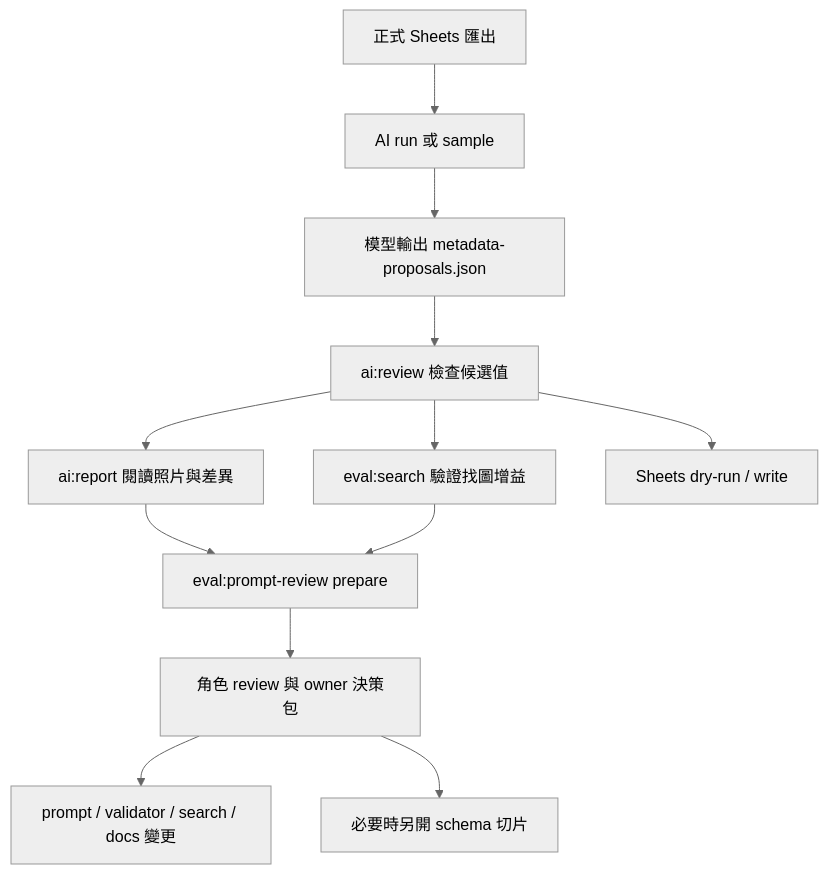
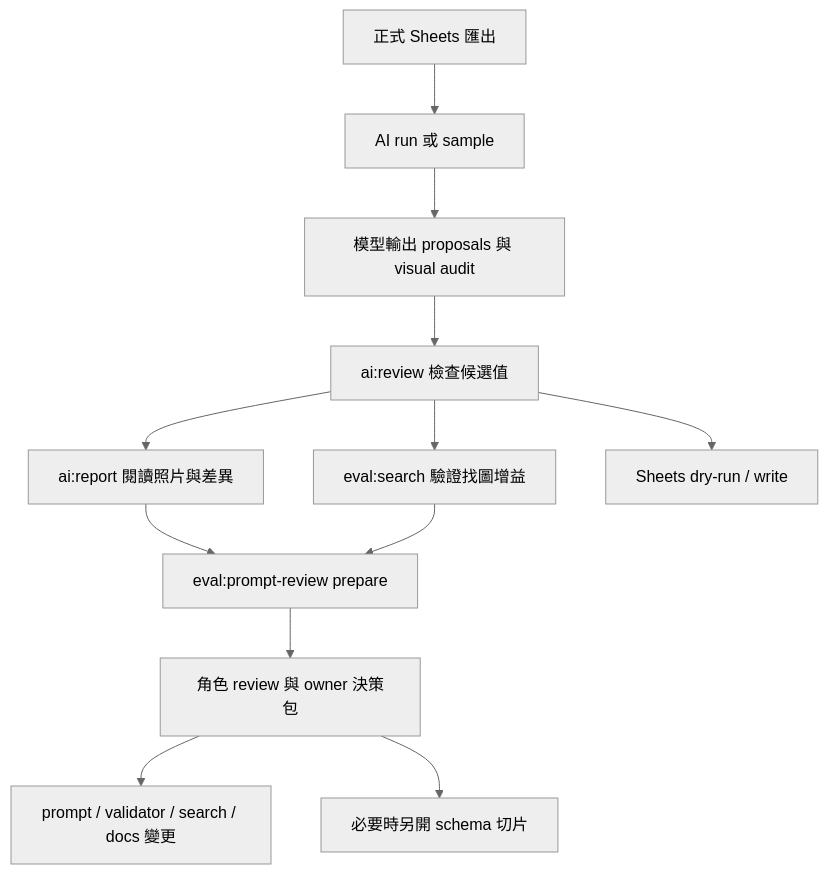
One commit to sitcon-tw/flickr-photo-finder changed the second of 2 diagrams in docs/README.md. Above: the diagram before and after it, drawn with Mermaid (neutral theme). The commit also changed other lines of this file and 13 other files, not shown here.

````diff
--- a/docs/README.md
+++ b/docs/README.md
@@ -80,14 +80,14 @@
 ```mermaid
 flowchart TD
   A["正式 Sheets 匯出"] --> B["AI run 或 sample"]
-  B --> C["模型輸出 metadata-proposals.json"]
+  B --> C["模型輸出 proposals 與 visual audit"]
   C --> D["ai:review 檢查候選值"]
   D --> E["ai:report 閱讀照片與差異"]
   D --> F["eval:search 驗證找圖增益"]
   E --> G["eval:prompt-review prepare"]
   F --> G
   G --> H["角色 review 與 owner 決策包"]
   H --> I["prompt / validator / search / docs 變更"]
   H --> J["必要時另開 schema 切片"]
   D --> K["Sheets dry-run / write"]
 ```
````
